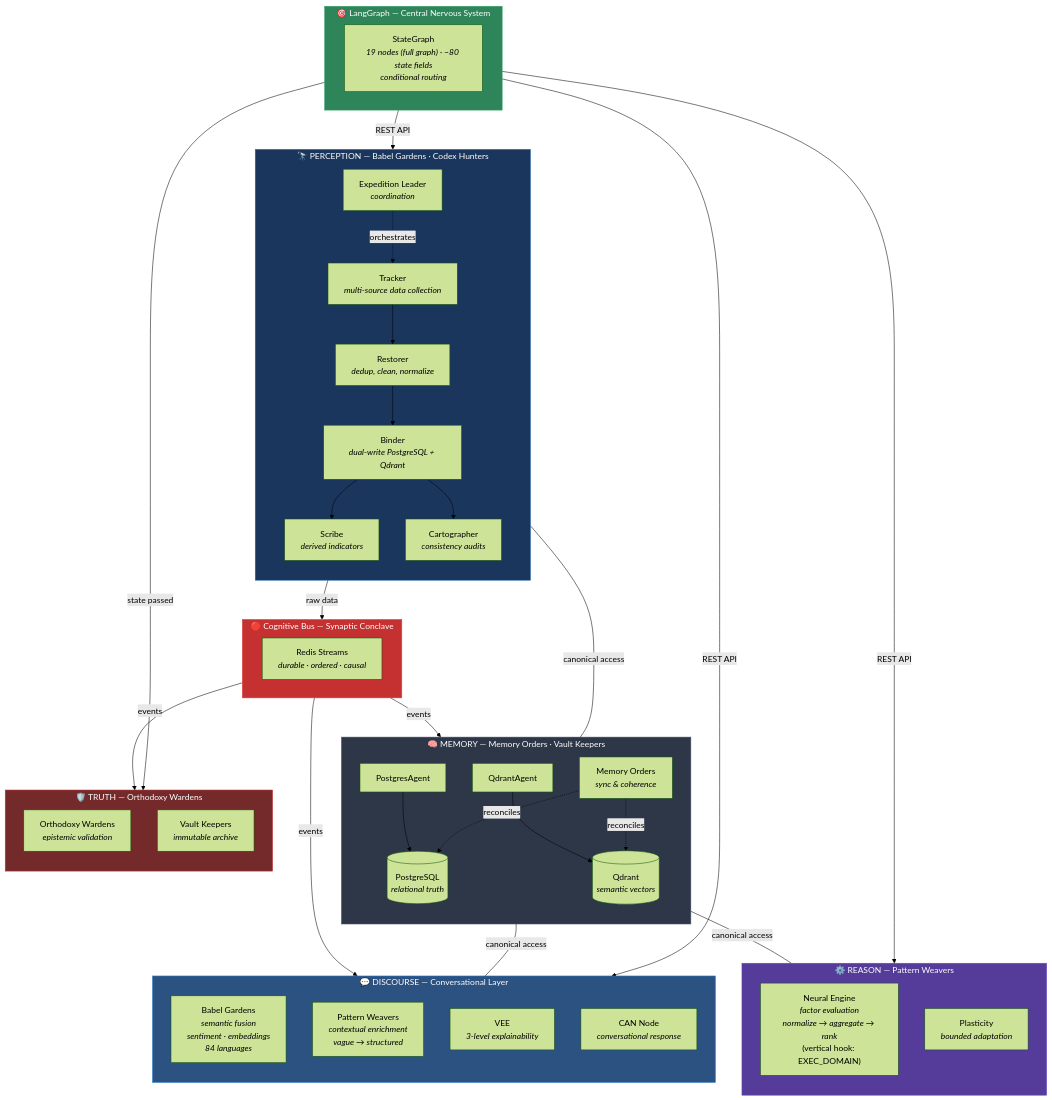
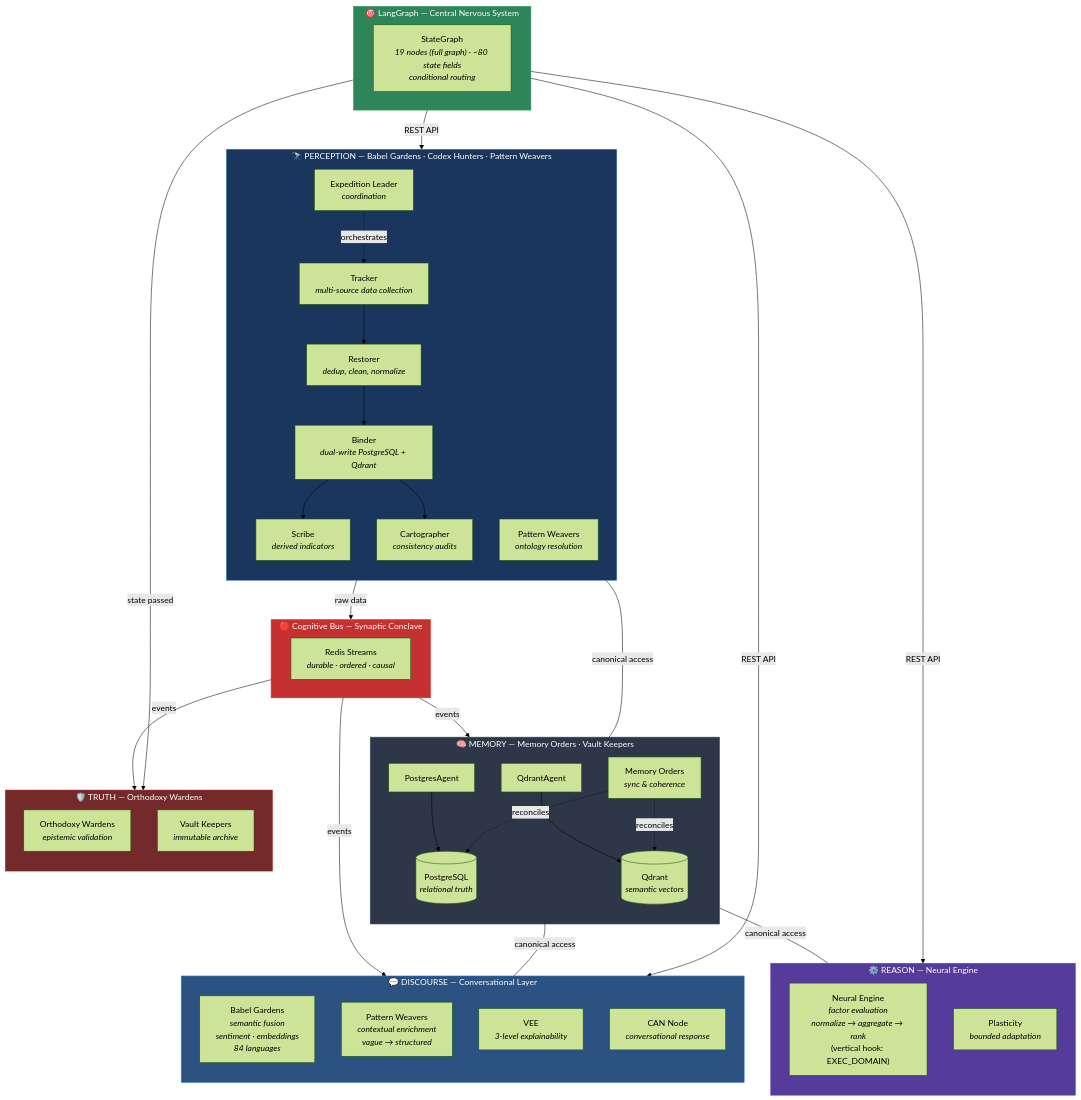
One commit to vitruvyan/vitruvyan-core changed the first of 2 diagrams in docs/foundational/VITRUVYAN_OVERVIEW.md. Above: the diagram before and after it, drawn with Mermaid (forest theme). The commit also changed other lines of this file and 16 other files, not shown here.

````diff
--- a/docs/foundational/VITRUVYAN_OVERVIEW.md
+++ b/docs/foundational/VITRUVYAN_OVERVIEW.md
@@ -19,6 +19,6 @@
 ```mermaid
 graph TB
-    subgraph PERCEPTION["🔭 PERCEPTION — Babel Gardens · Codex Hunters"]
+    subgraph PERCEPTION["🔭 PERCEPTION — Babel Gardens · Codex Hunters · Pattern Weavers"]
         direction TB
         TRACKER["Tracker<br/><i>multi-source data collection</i>"]
         RESTORER["Restorer<br/><i>dedup, clean, normalize</i>"]
@@ -26,6 +26,7 @@
         SCRIBE["Scribe<br/><i>derived indicators</i>"]
         CARTOGRAPHER["Cartographer<br/><i>consistency audits</i>"]
         LEADER["Expedition Leader<br/><i>coordination</i>"]
+        WEAVERS_P["Pattern Weavers<br/><i>ontology resolution</i>"]
 
         TRACKER --> RESTORER --> BINDER
         BINDER --> SCRIBE
@@ -47,7 +48,7 @@
         MO -.->|reconciles| QD
     end
 
-    subgraph REASON["⚙️ REASON — Pattern Weavers"]
+    subgraph REASON["⚙️ REASON — Neural Engine"]
         direction TB
         NE["Neural Engine<br/><i>factor evaluation<br/>normalize → aggregate → rank</i><br/>(vertical hook: EXEC_DOMAIN)"]
         PLAST["Plasticity<br/><i>bounded adaptation</i>"]
````
